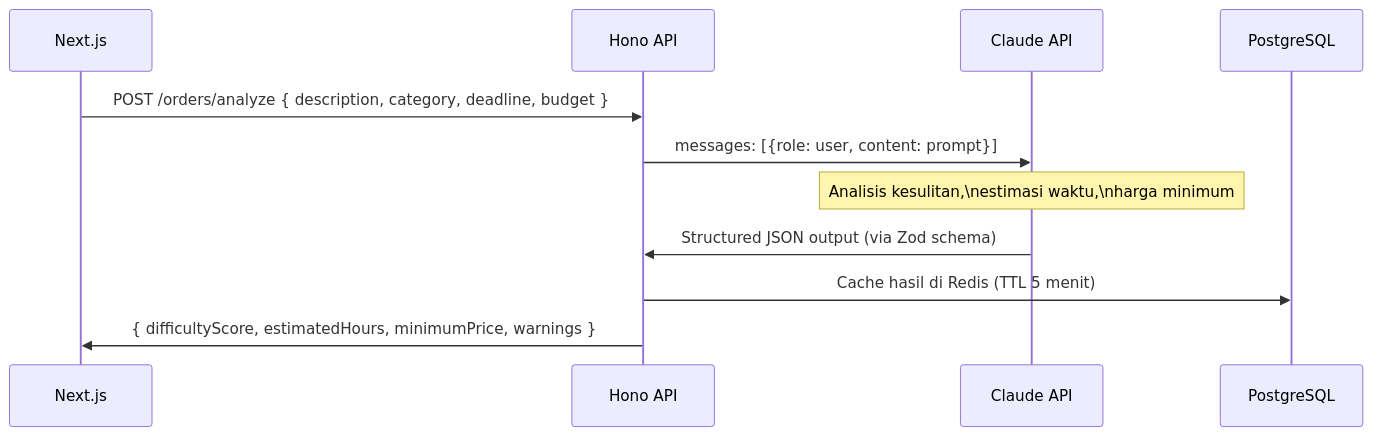
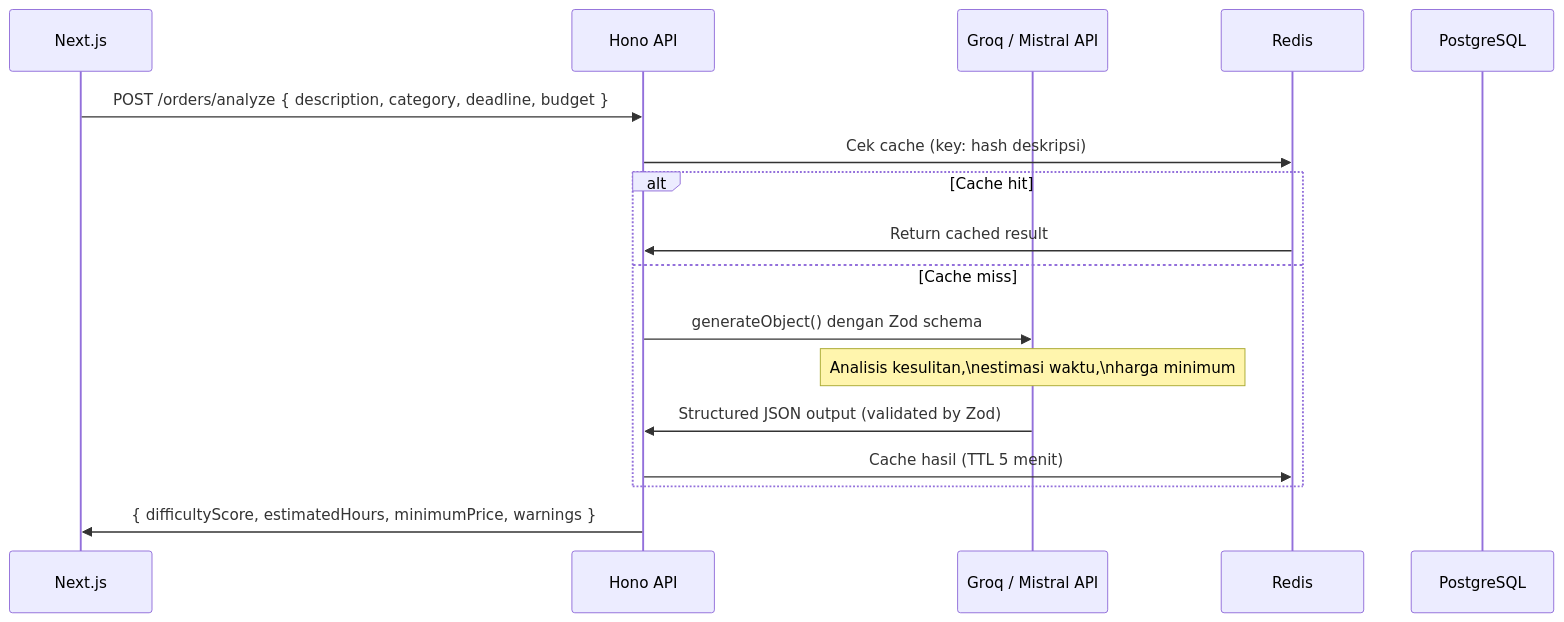
The fourth of 11 diagrams in docs/ARCHITECTURE.md (petrushandika/Jokiin-App), drawn with Mermaid before and after one commit. The commit also changed other lines of this file and 5 other files, not shown here.

````diff
--- a/docs/ARCHITECTURE.md
+++ b/docs/ARCHITECTURE.md
@@ -690,14 +722,20 @@
 ```mermaid
 sequenceDiagram
     participant FE as Next.js
     participant API as Hono API
-    participant AI as Claude API
+    participant AI as Groq / Mistral API
+    participant RD as Redis
     participant DB as PostgreSQL
 
     FE->>API: POST /orders/analyze { description, category, deadline, budget }
-    API->>AI: messages: [{role: user, content: prompt}]
-    Note over AI: Analisis kesulitan,\nestimasi waktu,\nharga minimum
-    AI->>API: Structured JSON output (via Zod schema)
-    API->>DB: Cache hasil di Redis (TTL 5 menit)
+    API->>RD: Cek cache (key: hash deskripsi)
+    alt Cache hit
+        RD->>API: Return cached result
+    else Cache miss
+        API->>AI: generateObject() dengan Zod schema
+        Note over AI: Analisis kesulitan,\nestimasi waktu,\nharga minimum
+        AI->>API: Structured JSON output (validated by Zod)
+        API->>RD: Cache hasil (TTL 5 menit)
+    end
     API->>FE: { difficultyScore, estimatedHours, minimumPrice, warnings }
 ```
````
